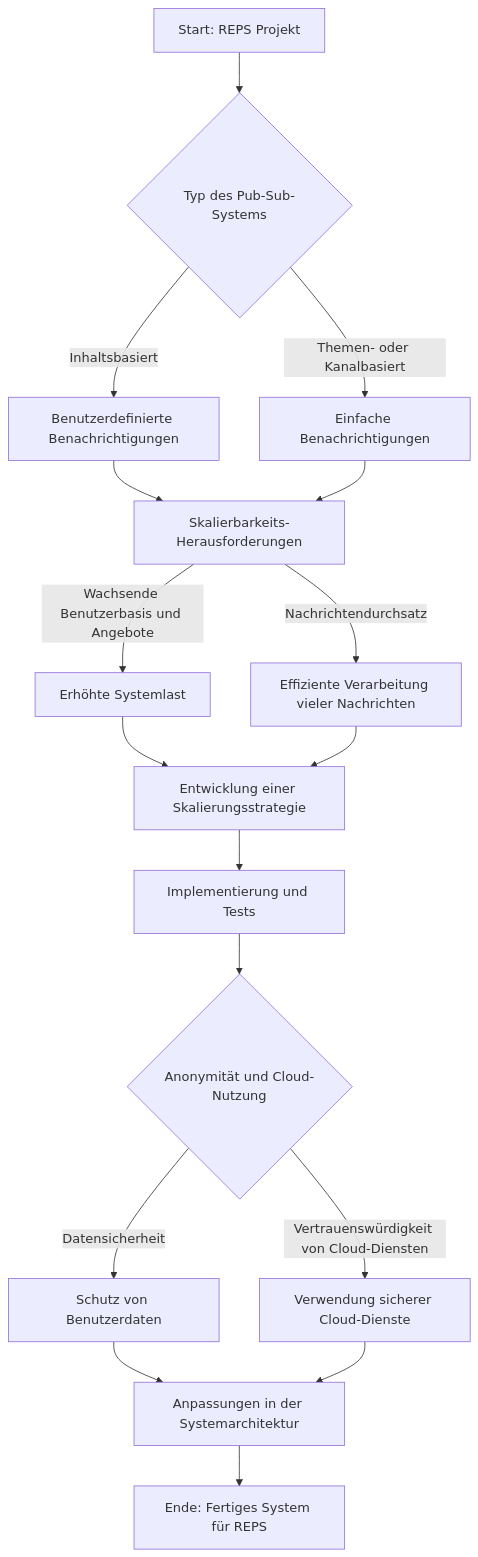
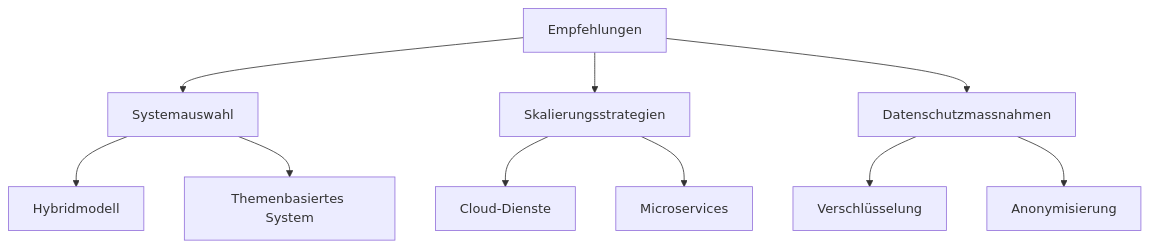
One commit to dfahrni/PA_PUB-SUB changed the fourth of 5 diagrams in PA_Agon_Daniel/Kapitel_1.md. Above: the diagram before and after it, drawn with Mermaid. The commit also changed other lines of this file and 1 other file, not shown here.

````diff
--- a/PA_Agon_Daniel/Kapitel_1.md
+++ b/PA_Agon_Daniel/Kapitel_1.md
@@ -44,24 +86,13 @@
 ```mermaid
 graph TD
-    A[Start: REPS Projekt] --> B{Typ des Pub-Sub-Systems}
-    B -->|Inhaltsbasiert| C[Benutzerdefinierte Benachrichtigungen]
-    B -->|Themen- oder Kanalbasiert| D[Einfache Benachrichtigungen]
-    
-    C --> E[Skalierbarkeits-Herausforderungen]
-    D --> E
-    E -->|Wachsende Benutzerbasis und Angebote| F[Erhöhte Systemlast]
-    E -->|Nachrichtendurchsatz| G[Effiziente Verarbeitung vieler Nachrichten]
-    
-    F --> H[Entwicklung einer Skalierungsstrategie]
-    G --> H
-    H --> I[Implementierung und Tests]
+A[Empfehlungen] --> B[Systemauswahl]
+A --> C[Skalierungsstrategien]
+A --> D[Datenschutzmassnahmen]
+B --> B1[Hybridmodell]
+B --> B2[Themenbasiertes System]
+C --> C1[Cloud-Dienste]
+C --> C2[Microservices]
+D --> D1[Verschlüsselung]
+D --> D2[Anonymisierung]
 
-    I --> J{Anonymität und Cloud-Nutzung}
-    J -->|Datensicherheit| K[Schutz von Benutzerdaten]
-    J -->|Vertrauenswürdigkeit von Cloud-Diensten| L[Verwendung sicherer Cloud-Dienste]
-
-    K --> M[Anpassungen in der Systemarchitektur]
-    L --> M
-
-    M --> N[Ende: Fertiges System für REPS]
 ```
````
